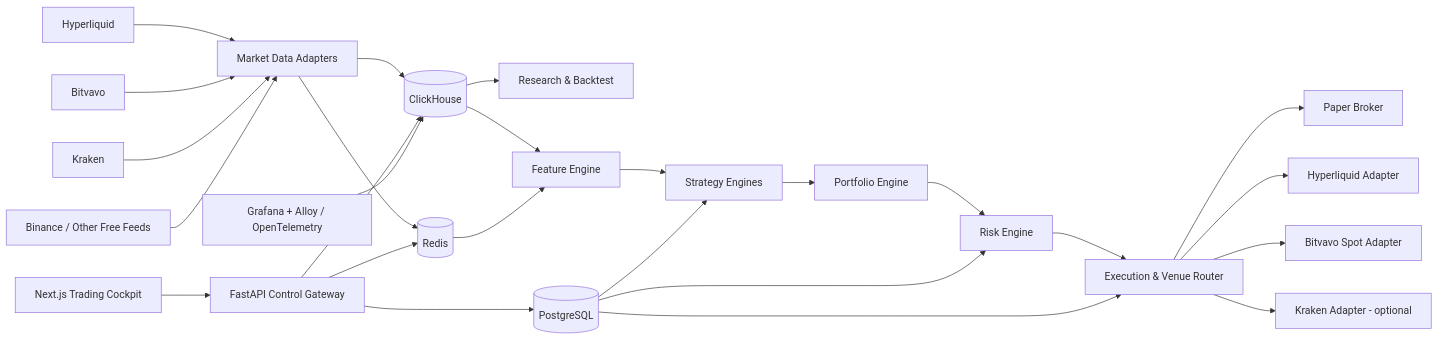
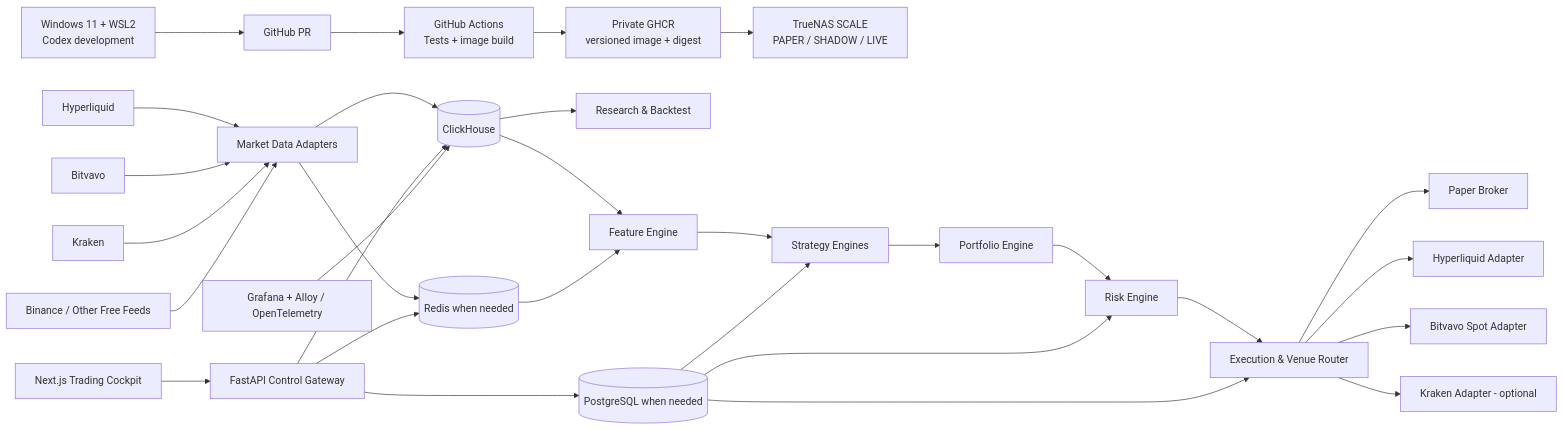
One commit to daffieeee-arch/Hyperliquid-Bot changed the first of 3 diagrams in docs/ARCHITECTURE.md. Above: the diagram before and after it, drawn with Mermaid. The commit also changed other lines of this file and 16 other files, not shown here.

Commit message:
docs: adopt Windows WSL2 development and TrueNAS runtime model

````diff
--- a/docs/ARCHITECTURE.md
+++ b/docs/ARCHITECTURE.md
@@ -11,33 +13,38 @@
 ```mermaid
 flowchart LR
+    DEV[Windows 11 + WSL2\nCodex development] --> GH[GitHub PR]
+    GH --> CI[GitHub Actions\nTests + image build]
+    CI --> REG[Private GHCR\nversioned image + digest]
+    REG --> TN[TrueNAS SCALE\nPAPER / SHADOW / LIVE]
+
     HL[Hyperliquid] --> MD[Market Data Adapters]
     BV[Bitvavo] --> MD
     KR[Kraken] --> MD
     BN[Binance / Other Free Feeds] --> MD
     MD --> CH[(ClickHouse)]
-    MD --> R[(Redis)]
+    MD --> R[(Redis when needed)]
 
     CH --> Q[Research & Backtest]
     CH --> F[Feature Engine]
     R --> F
     F --> S[Strategy Engines]
     S --> P[Portfolio Engine]
     P --> K[Risk Engine]
     K --> VR[Execution & Venue Router]
 
     VR --> PB[Paper Broker]
     VR --> HE[Hyperliquid Adapter]
     VR --> BE[Bitvavo Spot Adapter]
     VR --> KE[Kraken Adapter - optional]
 
-    PG[(PostgreSQL)] --> S
+    PG[(PostgreSQL when needed)] --> S
     PG --> K
     PG --> VR
 
     UI[Next.js Trading Cockpit] --> API[FastAPI Control Gateway]
     API --> PG
     API --> R
     API --> CH
 
     O[Grafana + Alloy / OpenTelemetry] --> CH
 ```
````
